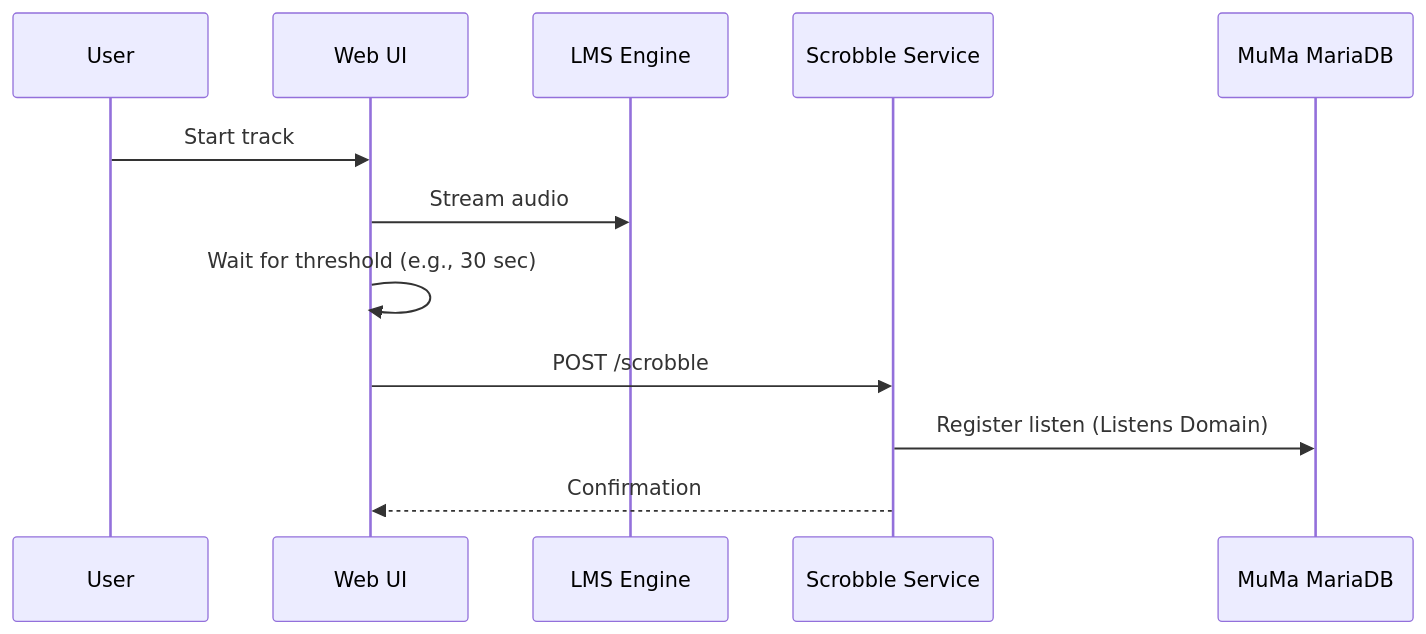
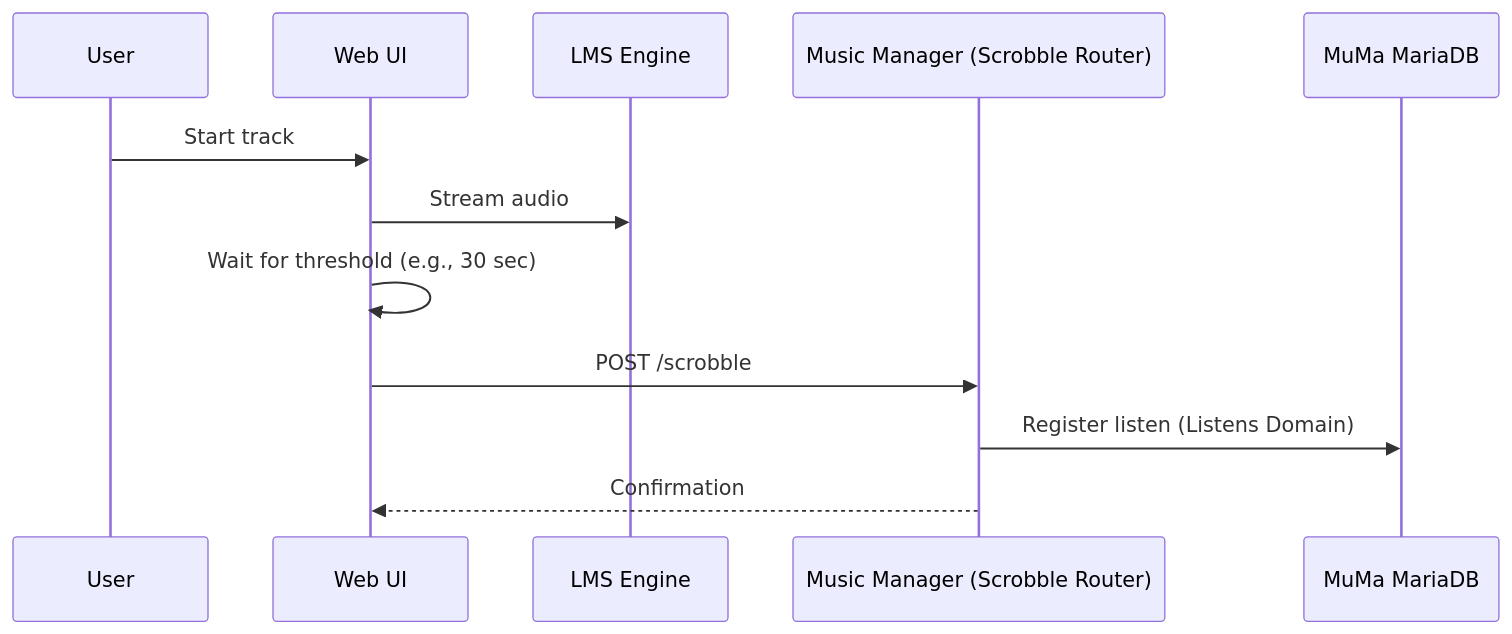
Before and after one commit to tsshadow/music-management: the fourth of 5 diagrams in docs/architecture.md, drawn with Mermaid. The commit also changed other lines of this file and 82 other files, not shown here.

Commit message:
feat: consolidate microservices into music-manager core

````diff
--- a/docs/architecture.md
+++ b/docs/architecture.md
@@ -185,15 +178,15 @@
 ```mermaid
 sequenceDiagram
     participant U as User
     participant W as Web UI
     participant LMS as LMS Engine
-    participant S as Scrobble Service
+    participant MM as Music Manager (Scrobble Router)
     participant MDB as MuMa MariaDB
 
     U->>W: Start track
     W->>LMS: Stream audio
     W->>W: Wait for threshold (e.g., 30 sec)
-    W->>S: POST /scrobble
-    S->>MDB: Register listen (Listens Domain)
-    S-->>W: Confirmation
+    W->>MM: POST /scrobble
+    MM->>MDB: Register listen (Listens Domain)
+    MM-->>W: Confirmation
 ```
````
